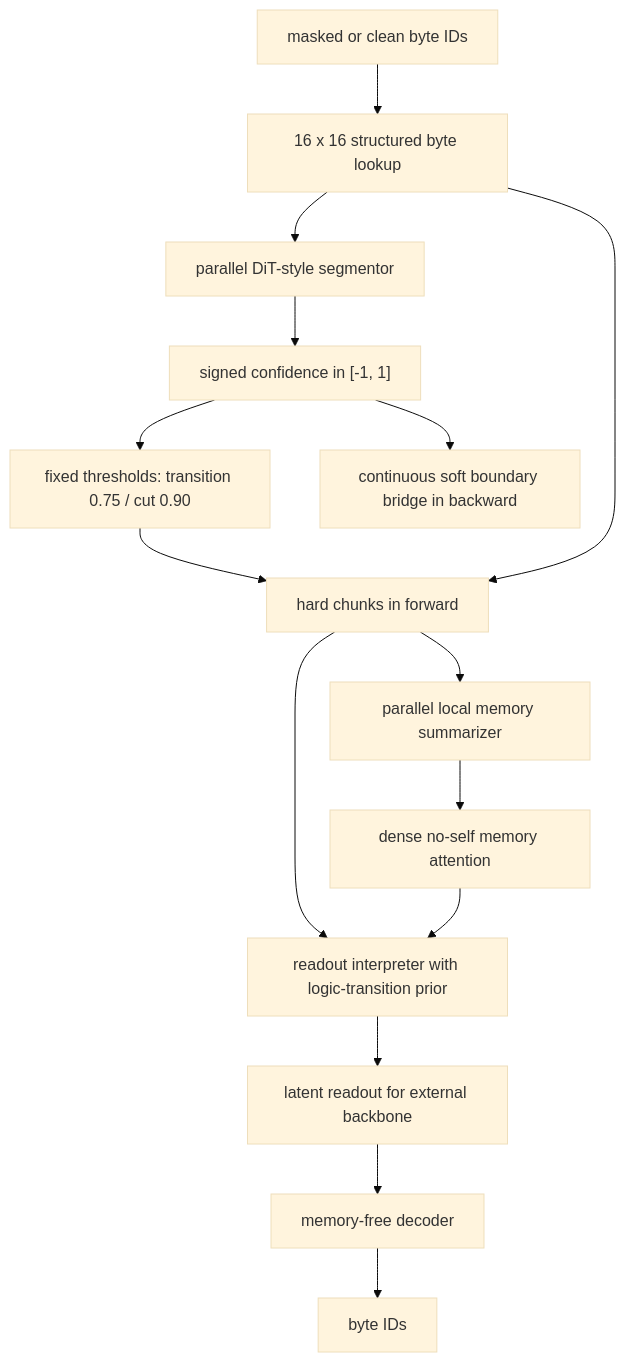
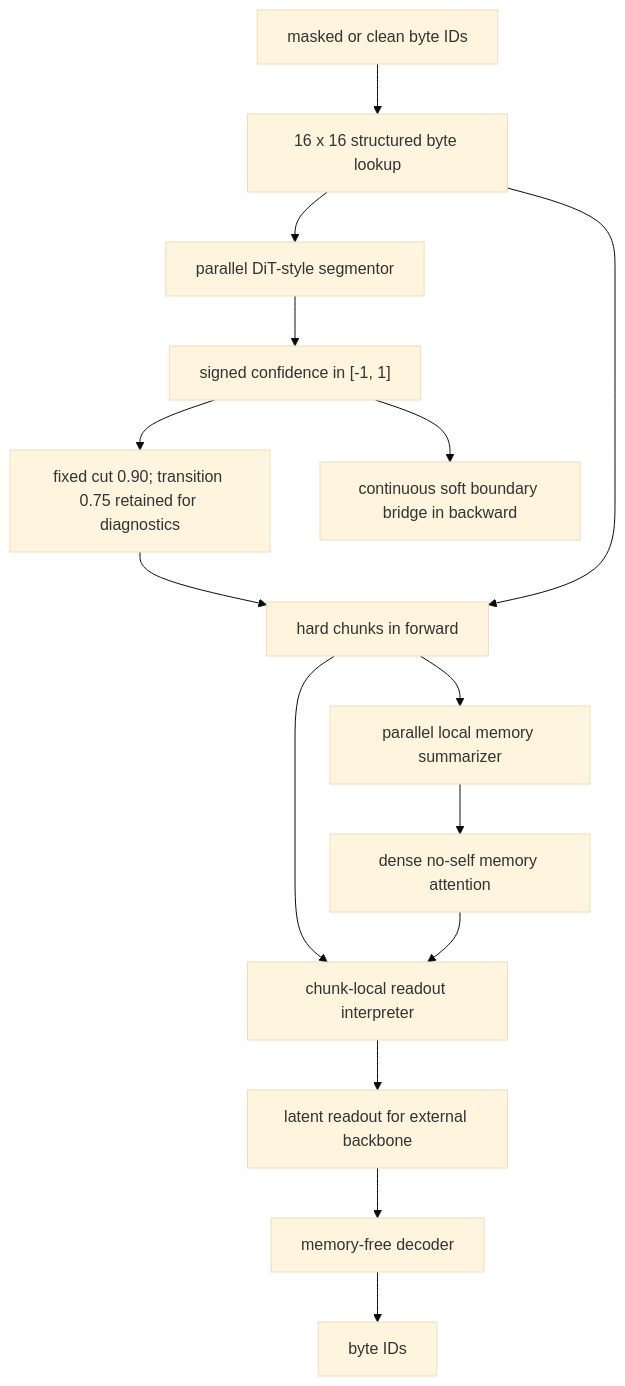
The diagram in docs/versions/v3.4/FLUED_V3_4_IMPLEMENTATION_BASELINE_CN.md (wdd9700/FLUED), drawn with Mermaid (base theme) before and after one commit. The commit also changed other lines of this file and 85 other files, not shown here.

````diff
--- a/docs/versions/v3.4/FLUED_V3_4_IMPLEMENTATION_BASELINE_CN.md
+++ b/docs/versions/v3.4/FLUED_V3_4_IMPLEMENTATION_BASELINE_CN.md
@@ -9,17 +9,17 @@
 ```mermaid
 flowchart TD
     X["masked or clean byte IDs"] --> L["16 x 16 structured byte lookup"]
     L --> S["parallel DiT-style segmentor"]
     S --> C["signed confidence in [-1, 1]"]
-    C --> T["fixed thresholds: transition 0.75 / cut 0.90"]
+    C --> T["fixed cut 0.90; transition 0.75 retained for diagnostics"]
     T --> H["hard chunks in forward"]
     C --> G["continuous soft boundary bridge in backward"]
     L --> H
     H --> M["parallel local memory summarizer"]
-    H --> R["readout interpreter with logic-transition prior"]
+    H --> R["chunk-local readout interpreter"]
     M --> N["dense no-self memory attention"]
     N --> R
     R --> Z["latent readout for external backbone"]
     Z --> D["memory-free decoder"]
     D --> Y["byte IDs"]
 ```
````
